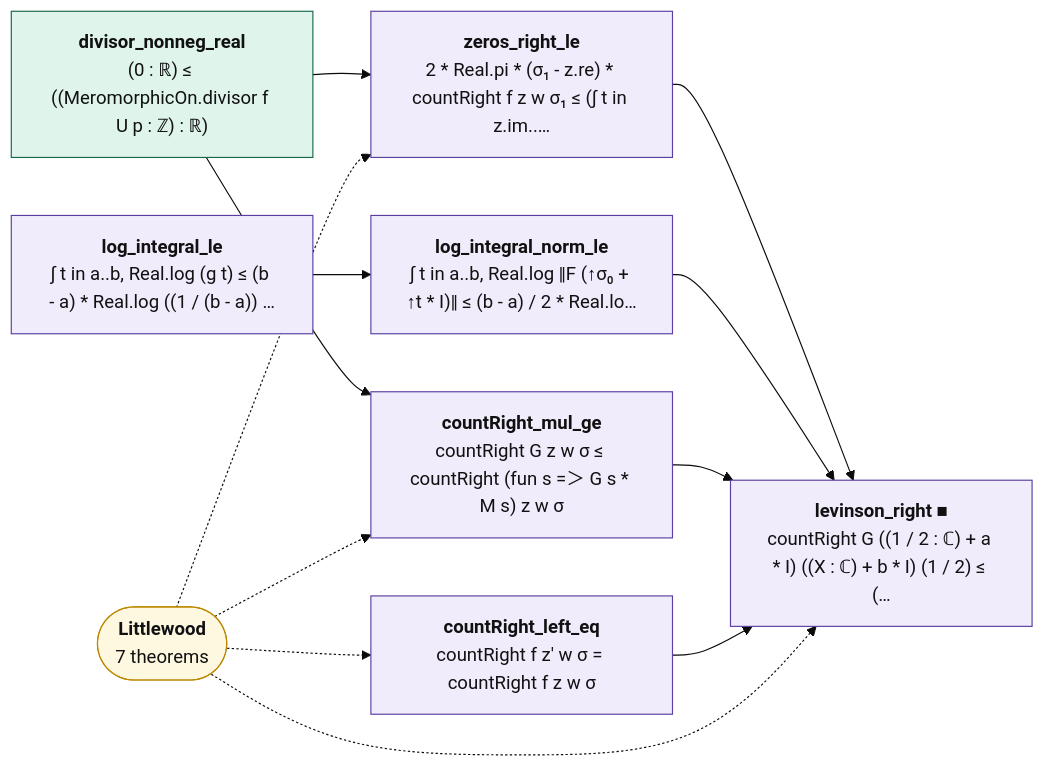
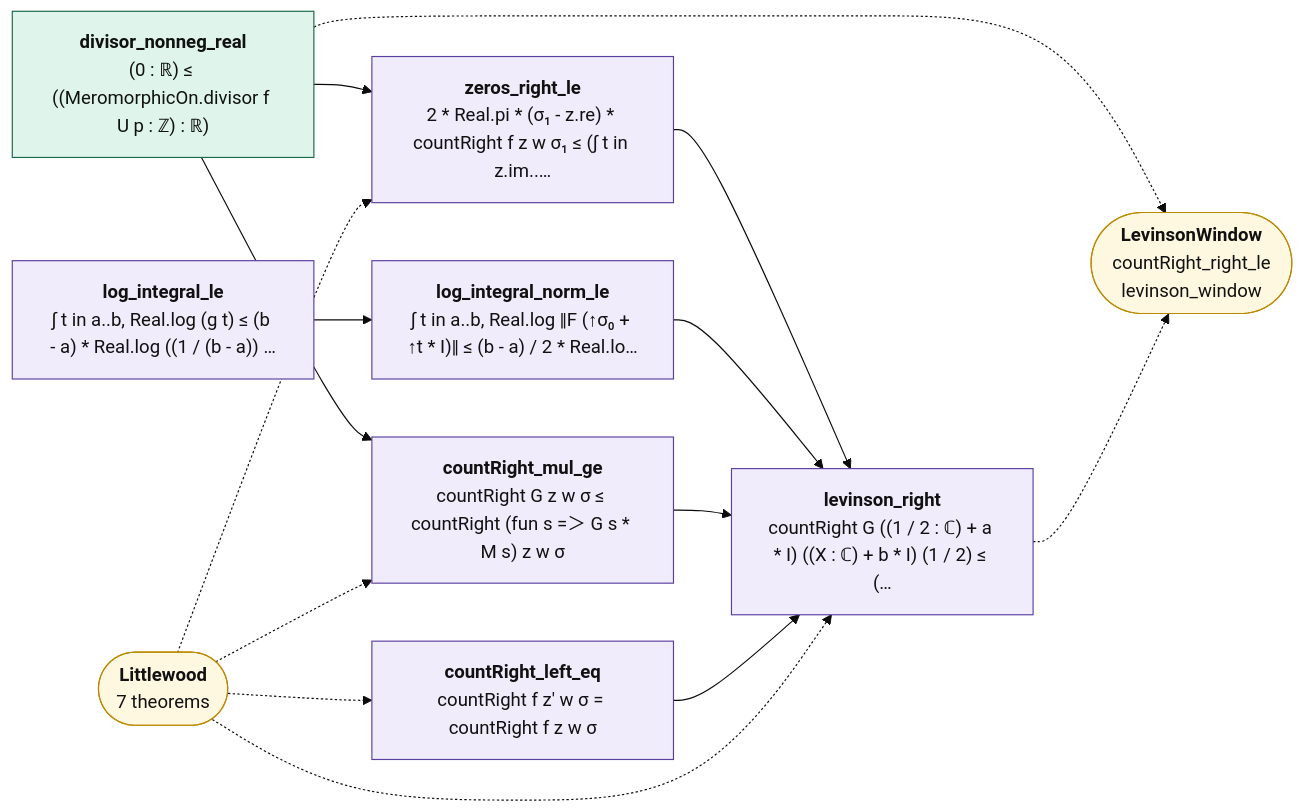
The diagram in map/lean_stage3/LevinsonRight.md (juliansambranojr/Primebeat_081426), drawn with Mermaid (base theme) before and after one commit. The commit also changed other lines of this file and 37 other files, not shown here.

````diff
--- a/map/lean_stage3/LevinsonRight.md
+++ b/map/lean_stage3/LevinsonRight.md
@@ -14,30 +14,33 @@
 ```mermaid
 flowchart LR
   n0["<b>divisor_nonneg_real</b><br/>(0 : ℝ) ≤ ((MeromorphicOn.divisor f U p : ℤ) : ℝ)"]:::cnt
   n1["<b>zeros_right_le</b><br/>2 * Real.pi * (σ₁ - z.re) * countRight f z w σ₁ ≤ (∫ t in z.im..…"]:::shp
   n2["<b>log_integral_le</b><br/>∫ t in a..b, Real.log (g t) ≤ (b - a) * Real.log ((1 / (b - a)) …"]:::shp
   n3["<b>log_integral_norm_le</b><br/>∫ t in a..b, Real.log ‖F (↑σ₀ + ↑t * I)‖ ≤ (b - a) / 2 * Real.lo…"]:::shp
   n4["<b>countRight_mul_ge</b><br/>countRight G z w σ ≤ countRight (fun s =＞ G s * M s) z w σ"]:::shp
   n5["<b>countRight_left_eq</b><br/>countRight f z' w σ = countRight f z w σ"]:::shp
-  n6["<b>levinson_right ■</b><br/>countRight G ((1 / 2 : ℂ) + a * I) ((X : ℂ) + b * I) (1 / 2) ≤ (…"]:::shp
-  x0(["<b>Littlewood</b><br/>7 theorems"]):::ext
+  n6["<b>levinson_right</b><br/>countRight G ((1 / 2 : ℂ) + a * I) ((X : ℂ) + b * I) (1 / 2) ≤ (…"]:::shp
+  x0(["<b>LevinsonWindow</b><br/>countRight_right_le<br/>levinson_window"]):::ext
+  x1(["<b>Littlewood</b><br/>7 theorems"]):::ext
   n0 --> n1
   n0 --> n4
   n1 --> n6
   n2 --> n3
   n3 --> n6
   n4 --> n6
   n5 --> n6
-  x0 -.-> n1
-  x0 -.-> n4
-  x0 -.-> n5
-  x0 -.-> n6
+  n0 -.-> x0
+  n6 -.-> x0
+  x1 -.-> n1
+  x1 -.-> n4
+  x1 -.-> n5
+  x1 -.-> n6
   classDef cnt fill:#dff5ec,stroke:#17694a,color:#111
   classDef shp fill:#f1ecfb,stroke:#5b3fa0,color:#111
   classDef rh fill:#ffe5e5,stroke:#c22,color:#111,stroke-width:2px
   classDef thm fill:#eef4ff,stroke:#335,color:#111
   classDef end_ fill:#e7f7e7,stroke:#2a7,color:#111,stroke-width:2px
   classDef lone fill:#fff,stroke:#999,color:#111,stroke-dasharray:4 3
   classDef bad fill:#ffe5e5,stroke:#c22,color:#111,stroke-width:2px
   classDef ext fill:#fff8e1,stroke:#b80,color:#111
 ```
````
